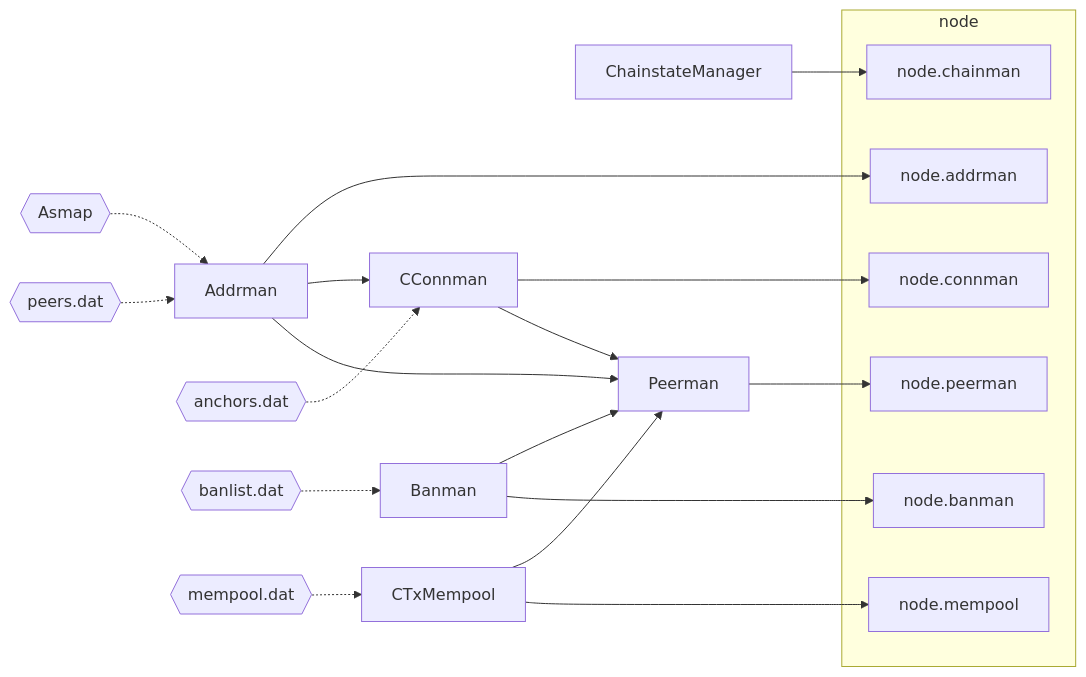
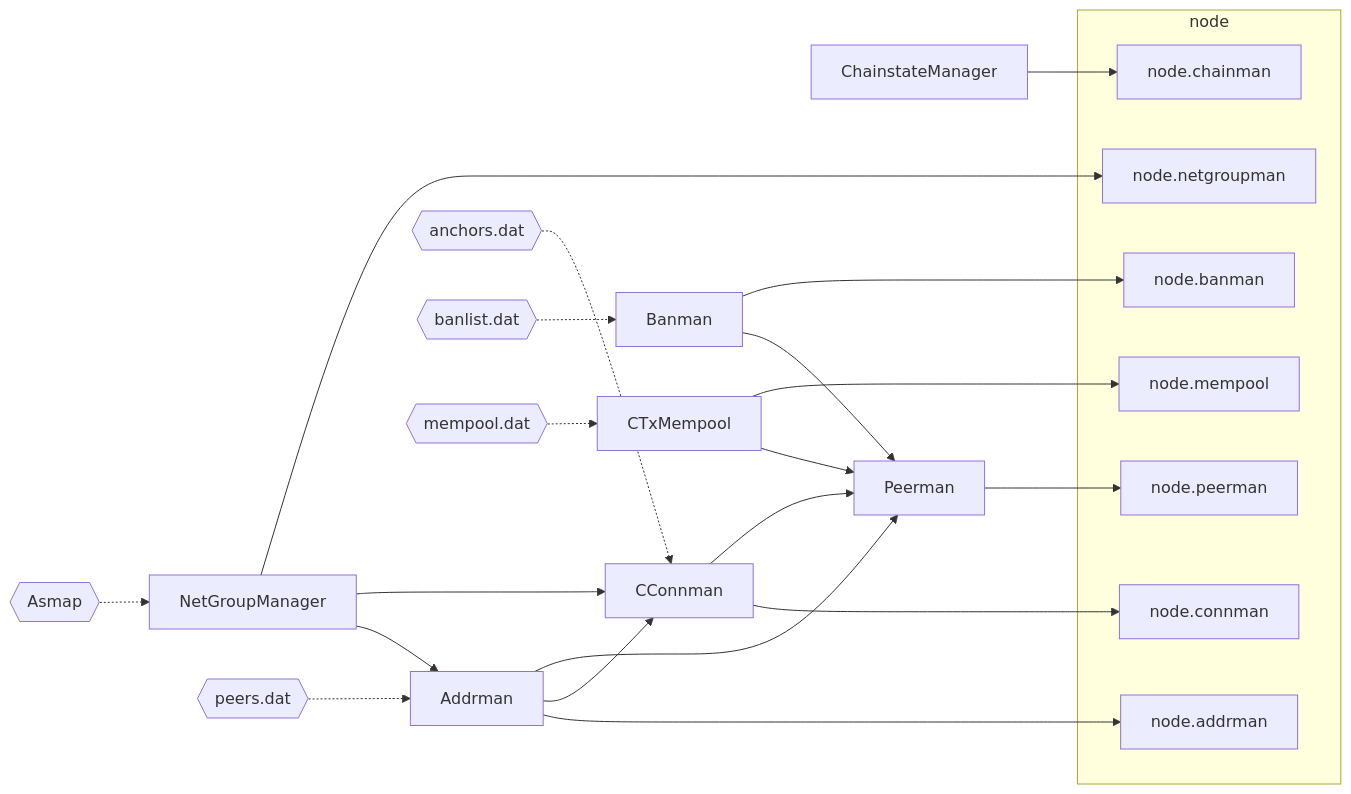
One commit to chaincodelabs/onboarding-to-bitcoin-core changed the diagram in 06_p2p.adoc. Above: the diagram before and after it, drawn with Mermaid. The commit also changed other lines of this file, not shown here.

First line of the commit message:
add NetGroupManager

```diff
--- a/06_p2p.adoc
+++ b/06_p2p.adoc
@@ -166,47 +166,53 @@
 [mermaid,target=node-p2p-components,format=svg,align="center"]
 ....
 flowchart LR
     Addrman
     Banman
     CConnman
     CTxMempool
     ChainstateManager
+    NetGroupManager
     Peerman
     Asmap{{Asmap}}
     peers.dat{{peers.dat}}
     anchors.dat{{anchors.dat}}
     banlist.dat{{banlist.dat}}
     mempool.dat{{mempool.dat}}
 
     subgraph node
+        node.netgroupman
         node.addrman
         node.banman
         node.connman
         node.mempool
         node.chainman
         node.peerman
     end
 
-    Asmap -.-> Addrman
+    Asmap -.-> NetGroupManager
     peers.dat -.-> Addrman
     Addrman --> node.addrman
+
+    NetGroupManager --> Addrman
+    NetGroupManager --> CConnman
+    NetGroupManager --> node.netgroupman
 
     banlist.dat -.-> Banman
     Banman --> Peerman
     Banman --> node.banman
 
     Addrman --> CConnman
     anchors.dat -.-> CConnman
     CConnman --> node.connman
 
     mempool.dat -.-> CTxMempool
     CTxMempool --> Peerman
     CTxMempool --> node.mempool
 
     ChainstateManager --> node.chainman
 
     Addrman --> Peerman
     CConnman --> Peerman
     Peerman --> node.peerman
 
 ....
```
